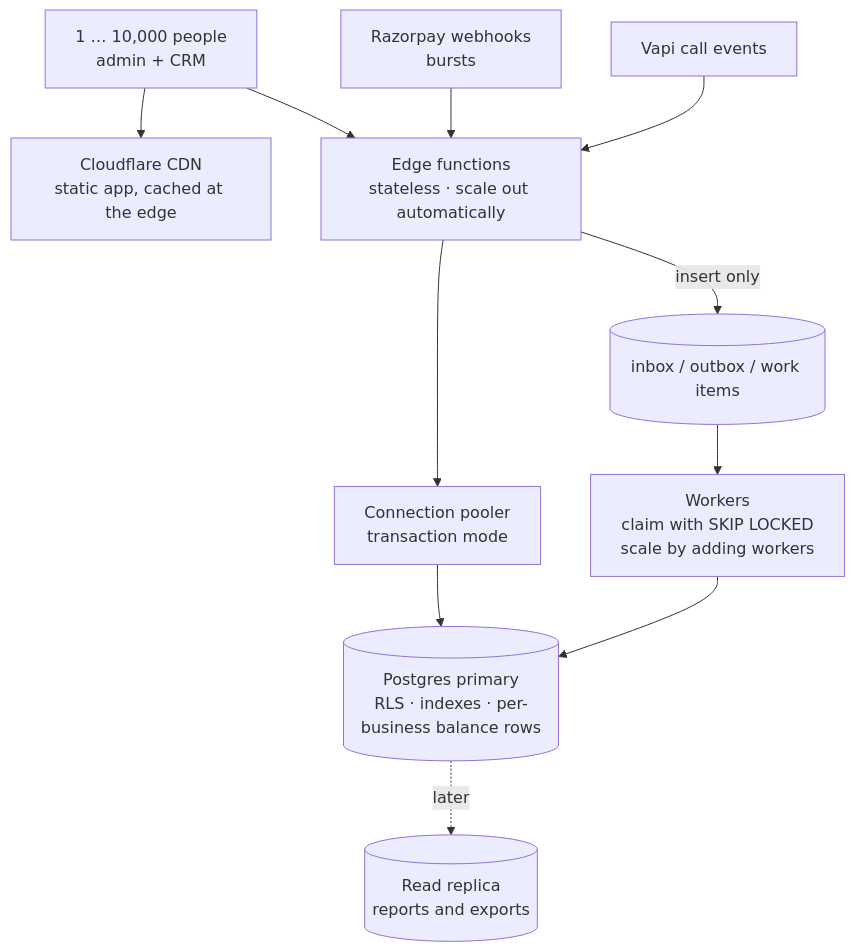
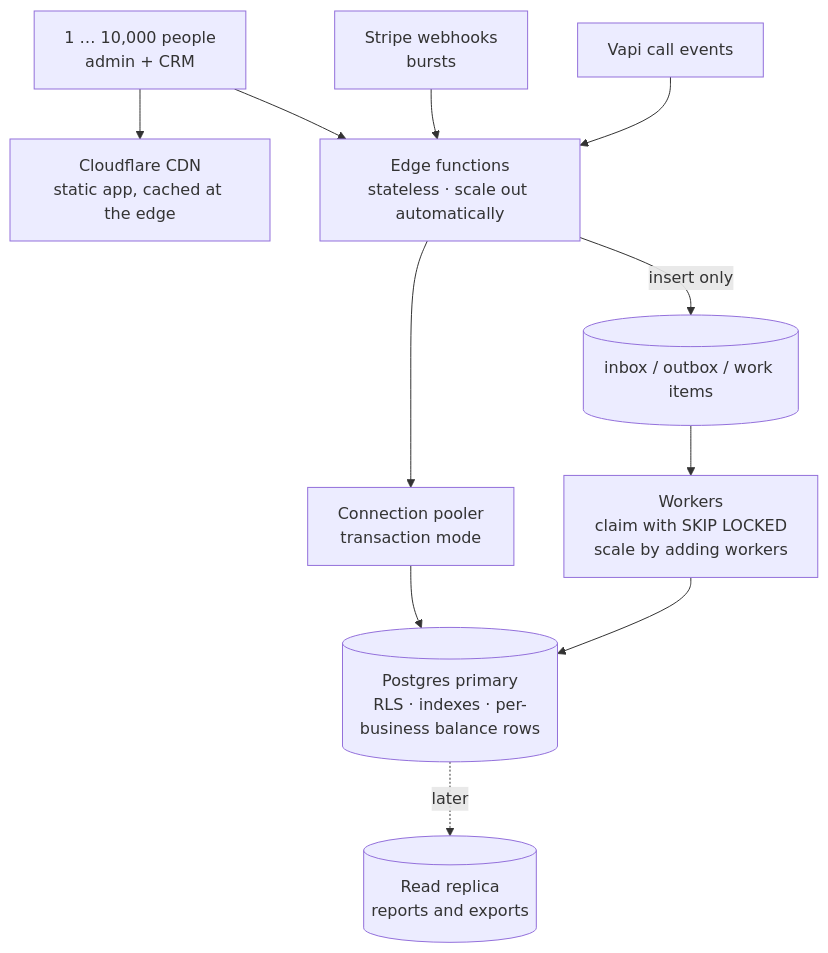
Diagram 15 of 16 in docs/PAYMENTS_ARCHITECTURE.md (singhdhruv525-source/Zella-AI), drawn with Mermaid before and after one commit. The commit also changed other lines of this file and 3 other files, not shown here.

````diff
--- a/docs/PAYMENTS_ARCHITECTURE.md
+++ b/docs/PAYMENTS_ARCHITECTURE.md
@@ -603,13 +583,13 @@
 ```mermaid
 flowchart TB
   users[1 … 10,000 people<br/>admin + CRM] --> cdn[Cloudflare CDN<br/>static app, cached at the edge]
   users --> edge[Edge functions<br/>stateless · scale out automatically]
   edge --> pool[Connection pooler<br/>transaction mode]
   pool --> pg[(Postgres primary<br/>RLS · indexes · per-business balance rows)]
   pg -. later .-> rr[(Read replica<br/>reports and exports)]
-  rz[Razorpay webhooks<br/>bursts] --> edge
+  rz[Stripe webhooks<br/>bursts] --> edge
   edge -->|insert only| inbox[(inbox / outbox / work items)]
   inbox --> wk[Workers<br/>claim with SKIP LOCKED<br/>scale by adding workers]
   wk --> pg
   calls[Vapi call events] --> edge
 ```
````
